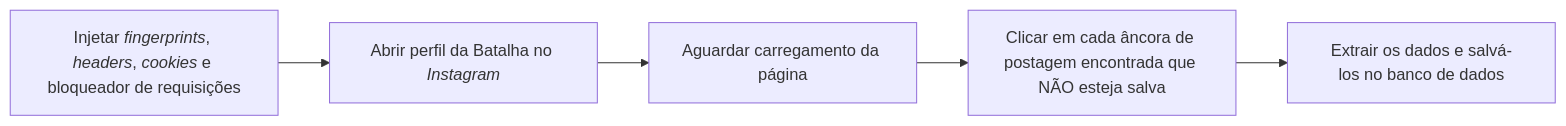
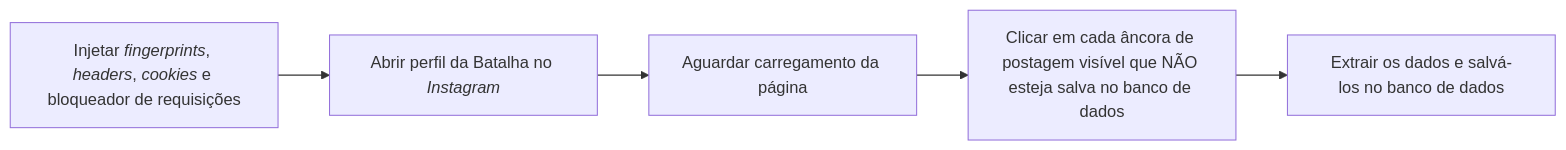
Before and after one commit to ericstefano/mapadabatalha: the first of 5 diagrams in docs/presentation/slides.md, drawn with Mermaid. The commit also changed other lines of this file and 1 other file, not shown here.

````diff
--- a/docs/presentation/slides.md
+++ b/docs/presentation/slides.md
@@ -231,4 +292,4 @@
 ```mermaid
 flowchart LR
-  id1[Injetar <em>fingerprints</em>, <em>headers</em>, <em>cookies</em> e bloqueador de requisições] --> id2[Abrir perfil da Batalha no <em>Instagram</em>] --> id3[Aguardar carregamento da página] --> id4[Clicar em cada âncora de postagem encontrada que NÃO esteja salva] --> id5[Extrair os dados e salvá-los no banco de dados]
+  id1[Injetar <em>fingerprints</em>, <em>headers</em>, <em>cookies</em> e bloqueador de requisições] --> id2[Abrir perfil da Batalha no <em>Instagram</em>] --> id3[Aguardar carregamento da página] --> id4[Clicar em cada âncora de postagem visível que NÃO esteja salva no banco de dados] --> id5[Extrair os dados e salvá-los no banco de dados]
 ```
````
